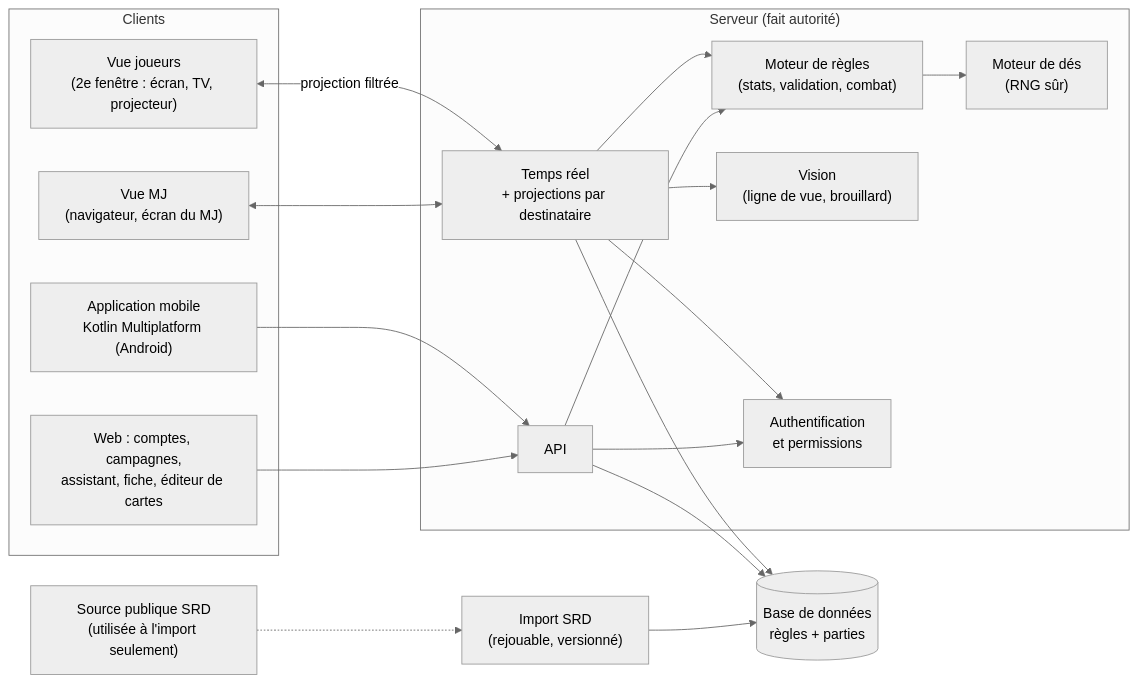
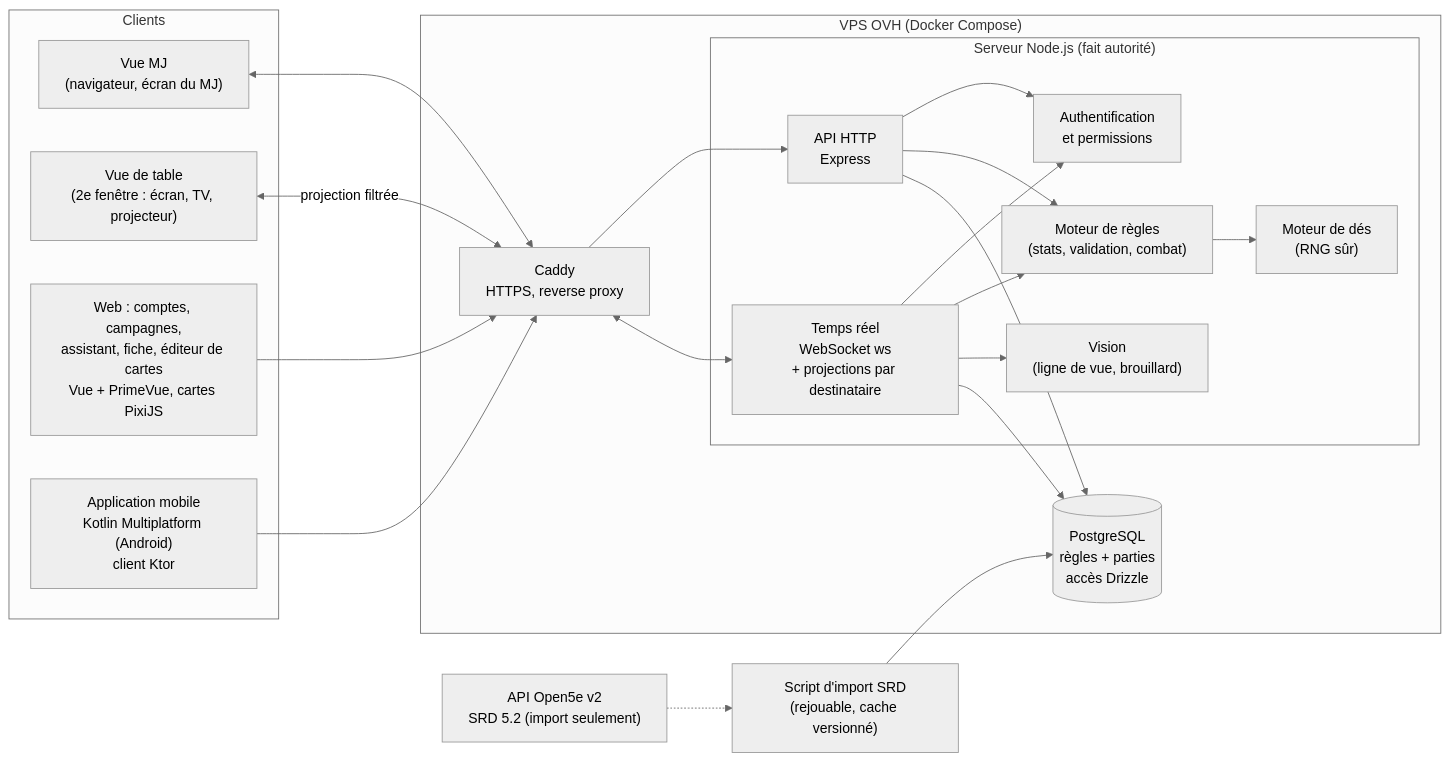
Before and after one commit to epiquest-dnd/EpiQuest-DnDiscombobulate: the first of 5 diagrams in docs/technique/architecture.md, drawn with Mermaid (neutral theme). The commit also changed other lines of this file, not shown here.

First line of the commit message:
docs(infra): compléter le schéma d'architecture avec la stack retenue

````diff
--- a/docs/technique/architecture.md
+++ b/docs/technique/architecture.md
@@ -7,37 +7,42 @@
 ```mermaid
 flowchart LR
     subgraph Clients
         MJ["Vue MJ<br/>(navigateur, écran du MJ)"]
-        VJ["Vue joueurs<br/>(2e fenêtre : écran, TV, projecteur)"]
-        WEB["Web : comptes, campagnes,<br/>assistant, fiche, éditeur de cartes"]
-        MOB["Application mobile<br/>Kotlin Multiplatform (Android)"]
+        VJ["Vue de table<br/>(2e fenêtre : écran, TV, projecteur)"]
+        WEB["Web : comptes, campagnes,<br/>assistant, fiche, éditeur de cartes<br/>Vue + PrimeVue, cartes PixiJS"]
+        MOB["Application mobile<br/>Kotlin Multiplatform (Android)<br/>client Ktor"]
     end
 
-    subgraph Serveur["Serveur (fait autorité)"]
-        API["API"]
-        RT["Temps réel<br/>+ projections par destinataire"]
-        ENG["Moteur de règles<br/>(stats, validation, combat)"]
-        DICE["Moteur de dés<br/>(RNG sûr)"]
-        VIS["Vision<br/>(ligne de vue, brouillard)"]
-        AUTH["Authentification<br/>et permissions"]
+    subgraph VPS["VPS OVH (Docker Compose)"]
+        CADDY["Caddy<br/>HTTPS, reverse proxy"]
+        subgraph Serveur["Serveur Node.js (fait autorité)"]
+            API["API HTTP<br/>Express"]
+            RT["Temps réel<br/>WebSocket ws<br/>+ projections par destinataire"]
+            ENG["Moteur de règles<br/>(stats, validation, combat)"]
+            DICE["Moteur de dés<br/>(RNG sûr)"]
+            VIS["Vision<br/>(ligne de vue, brouillard)"]
+            AUTH["Authentification<br/>et permissions"]
+        end
+        DB[("PostgreSQL<br/>règles + parties<br/>accès Drizzle")]
     end
 
-    DB[("Base de données<br/>règles + parties")]
-    IMP["Import SRD<br/>(rejouable, versionné)"]
-    SRC["Source publique SRD<br/>(utilisée à l'import seulement)"]
+    IMP["Script d'import SRD<br/>(rejouable, cache versionné)"]
+    SRC["API Open5e v2<br/>SRD 5.2 (import seulement)"]
 
-    WEB --> API
-    MOB --> API
-    MJ <--> RT
-    VJ <-- "projection filtrée" --> RT
+    WEB --> CADDY
+    MOB --> CADDY
+    MJ <--> CADDY
+    VJ <-- "projection filtrée" --> CADDY
+    CADDY --> API
+    CADDY <--> RT
     API --> AUTH
     RT --> AUTH
     API --> ENG
     RT --> ENG
     ENG --> DICE
     RT --> VIS
     API --> DB
     RT --> DB
     IMP --> DB
     SRC -.-> IMP
 ```
````
